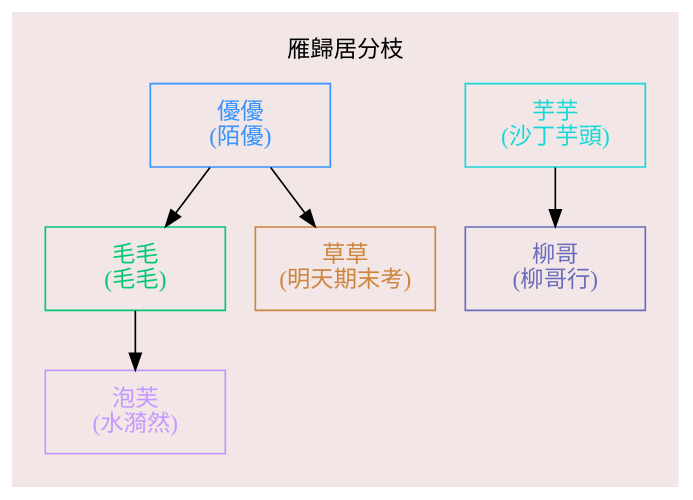
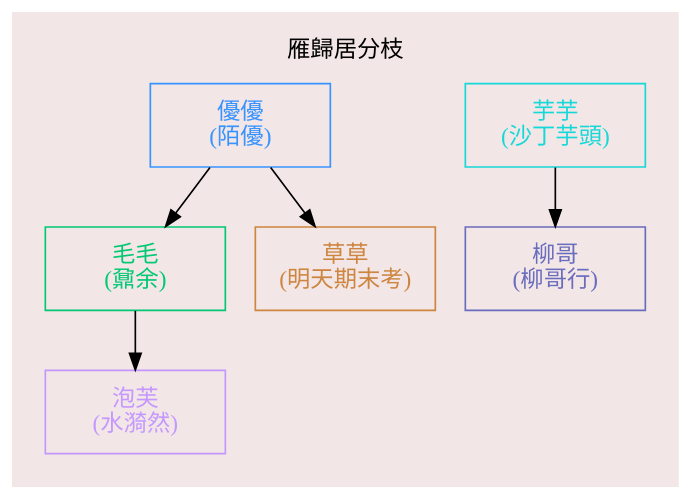
One commit to necro-wbj/- changed the second of 4 diagrams in README.md. Above: the diagram before and after it, drawn with Graphviz.

Commit message:
雲端族譜更新webhook推送測試

````diff
--- a/README.md
+++ b/README.md
@@ -61,25 +61,25 @@
 ```dot
 digraph{
     labelloc="t";
     node[fontname="微軟正黑體",shape=box,fixedsize=true,height=0.7,width=1.5];
     bgcolor="#F2E6E6";
     color="#F2E6E6";
        subgraph cluster{
         芋頭[label="芋芋\n(沙丁芋頭)",color="#16D8D8",fontcolor="#16D8D8"];
         柳哥[label="柳哥\n(柳哥行)",color="#6A6CBD",fontcolor="#6A6CBD"];
         芋頭->柳哥
    }
     subgraph cluster{
         label=雁歸居分枝
         bgcolor="#F2E6E6";
         color="#F2E6E6";
         優優[label="優優\n(陌優)",color="#3793FF",fontcolor="#3793FF"];
         優優[label="優優\n(陌優)",color="#3793FF",fontcolor="#3793FF"];
-        毛毛[label="毛毛\n(毛毛)",color="#02C874",fontcolor="#02C874"];
+        毛毛[label="毛毛\n(鼐余)",color="#02C874",fontcolor="#02C874"];
         草草[label="草草\n(明天期末考)",color="#CD853F",fontcolor="#CD853F"];
         泡芙[label="泡芙\n(水漪然)",color="#C498FF",fontcolor="#C498FF"];
         優優->{毛毛 草草}
         毛毛->{泡芙}
     }
 }
 ```
````
